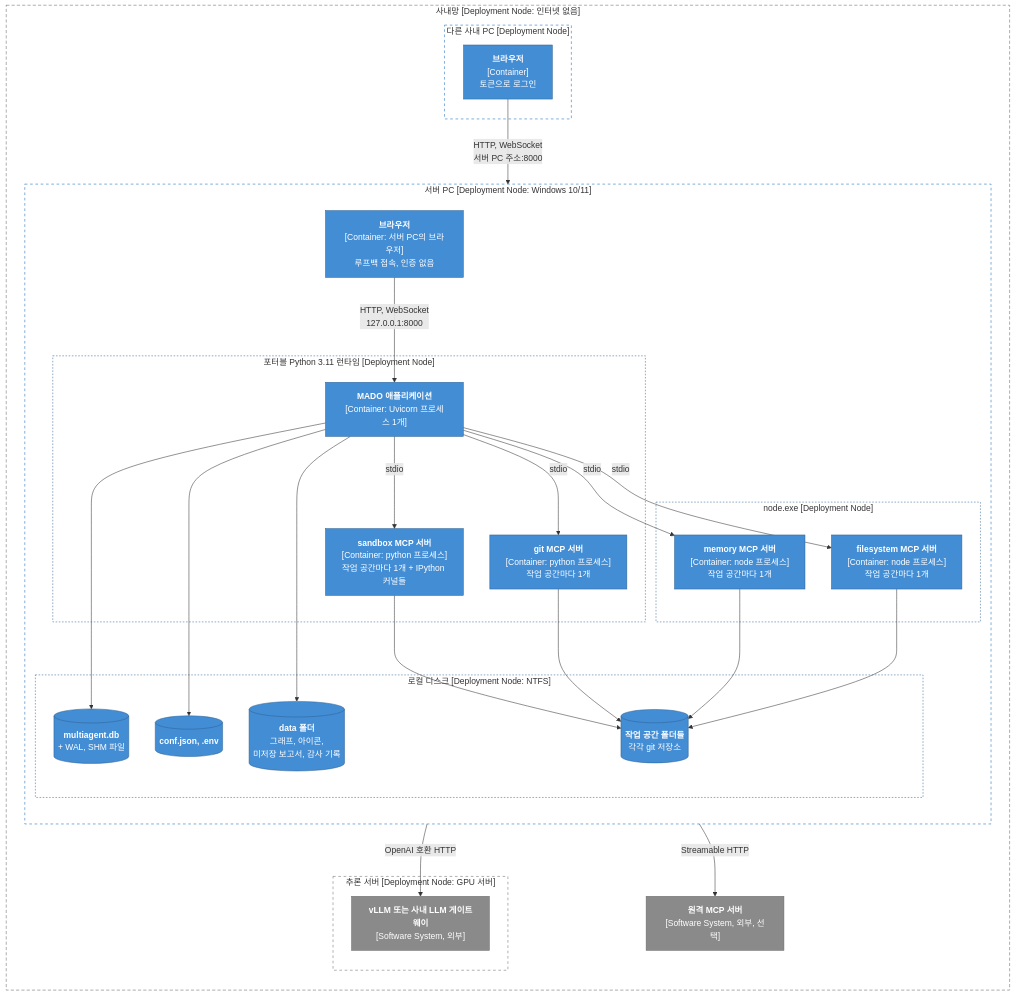
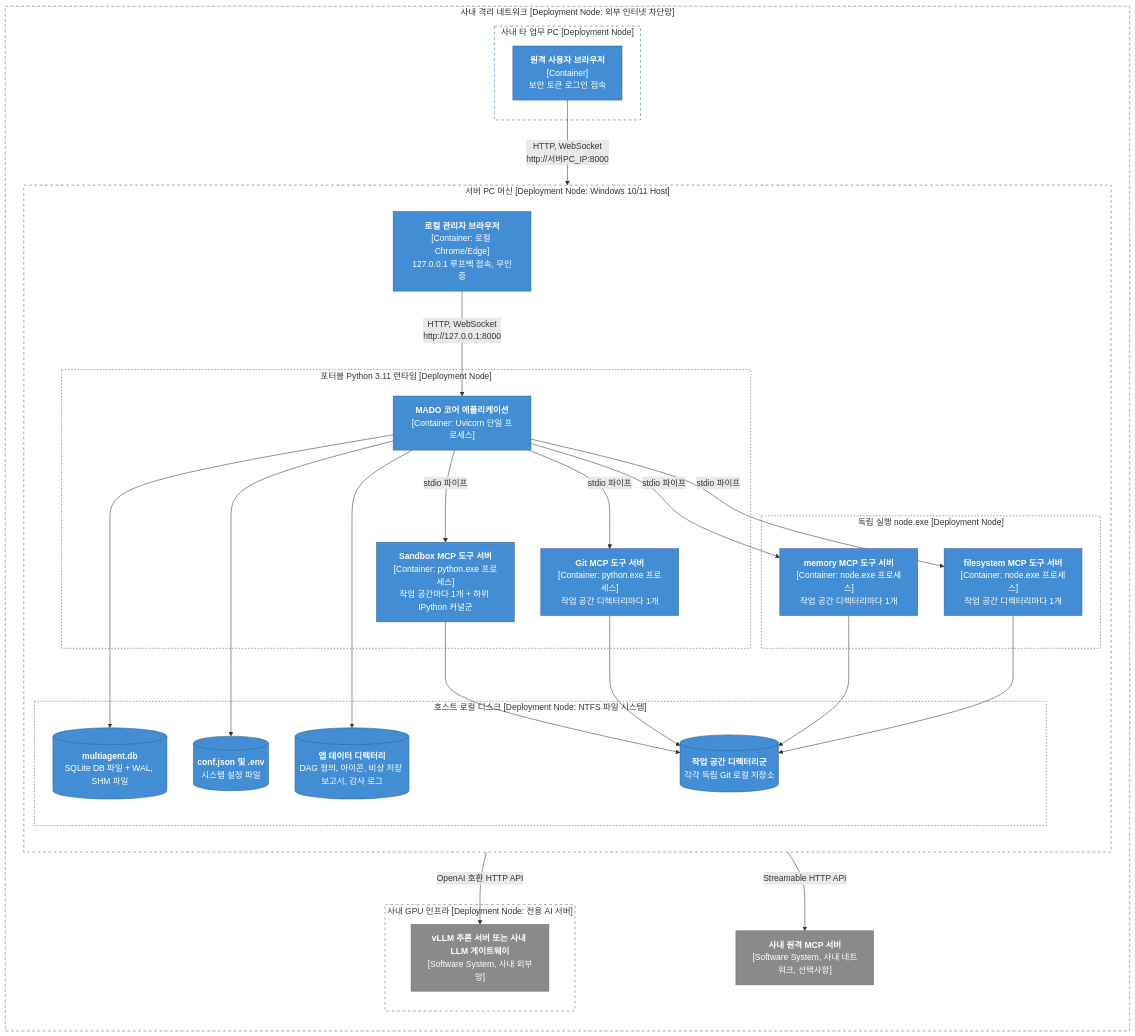
One commit to HaJaehee/MultiAgentDebateAndOrchestrationPlatform changed the first of 3 diagrams in lectures/03-architecture/03-deployment-view.md. Above: the diagram before and after it, drawn with Mermaid. The commit also changed other lines of this file and 39 other files, not shown here.

````diff
--- a/lectures/03-architecture/03-deployment-view.md
+++ b/lectures/03-architecture/03-deployment-view.md
@@ -30,67 +23,67 @@
 ```mermaid
 flowchart TB
-    subgraph lan["사내망 [Deployment Node: 인터넷 없음]"]
+    subgraph lan["사내 격리 네트워크 [Deployment Node: 외부 인터넷 차단망]"]
         direction TB
 
-        subgraph server["서버 PC [Deployment Node: Windows 10/11]"]
+        subgraph server["서버 PC 머신 [Deployment Node: Windows 10/11 Host]"]
             direction TB
-            localb["<b>브라우저</b><br/>[Container: 서버 PC의 브라우저]<br/>루프백 접속, 인증 없음"]
+            localb["<b>로컬 관리자 브라우저</b><br/>[Container: 로컬 Chrome/Edge]<br/>127.0.0.1 루프백 접속, 무인증"]
 
             subgraph pyrt["포터블 Python 3.11 런타임 [Deployment Node]"]
-                app["<b>MADO 애플리케이션</b><br/>[Container: Uvicorn 프로세스 1개]"]
-                gitp["<b>git MCP 서버</b><br/>[Container: python 프로세스]<br/>작업 공간마다 1개"]
-                sbxp["<b>sandbox MCP 서버</b><br/>[Container: python 프로세스]<br/>작업 공간마다 1개 + IPython 커널들"]
+                app["<b>MADO 코어 애플리케이션</b><br/>[Container: Uvicorn 단일 프로세스]"]
+                gitp["<b>Git MCP 도구 서버</b><br/>[Container: python.exe 프로세스]<br/>작업 공간 디렉터리마다 1개"]
+                sbxp["<b>Sandbox MCP 도구 서버</b><br/>[Container: python.exe 프로세스]<br/>작업 공간마다 1개 + 하위 IPython 커널군"]
             end
 
-            subgraph nodert["node.exe [Deployment Node]"]
-                fsp["<b>filesystem MCP 서버</b><br/>[Container: node 프로세스]<br/>작업 공간마다 1개"]
-                memp["<b>memory MCP 서버</b><br/>[Container: node 프로세스]<br/>작업 공간마다 1개"]
+            subgraph nodert["독립 실행 node.exe [Deployment Node]"]
+                fsp["<b>filesystem MCP 도구 서버</b><br/>[Container: node.exe 프로세스]<br/>작업 공간 디렉터리마다 1개"]
+                memp["<b>memory MCP 도구 서버</b><br/>[Container: node.exe 프로세스]<br/>작업 공간 디렉터리마다 1개"]
             end
 
-            subgraph disk["로컬 디스크 [Deployment Node: NTFS]"]
-                db[("<b>multiagent.db</b><br/>+ WAL, SHM 파일")]
-                conf[("<b>conf.json, .env</b>")]
-                wsd[("<b>작업 공간 폴더들</b><br/>각각 git 저장소")]
-                data[("<b>data 폴더</b><br/>그래프, 아이콘,<br/>미저장 보고서, 감사 기록")]
+            subgraph disk["호스트 로컬 디스크 [Deployment Node: NTFS 파일 시스템]"]
+                db[("<b>multiagent.db</b><br/>SQLite DB 파일 + WAL, SHM 파일")]
+                conf[("<b>conf.json 및 .env</b><br/>시스템 설정 파일")]
+                wsd[("<b>작업 공간 디렉터리군</b><br/>각각 독립 Git 로컬 저장소")]
+                data[("<b>앱 데이터 디렉터리</b><br/>DAG 정의, 아이콘, 비상 저장 보고서, 감사 로그")]
             end
         end
 
-        subgraph pc2["다른 사내 PC [Deployment Node]"]
-            remoteb["<b>브라우저</b><br/>[Container]<br/>토큰으로 로그인"]
+        subgraph pc2["사내 타 업무 PC [Deployment Node]"]
+            remoteb["<b>원격 사용자 브라우저</b><br/>[Container]<br/>보안 토큰 로그인 접속"]
         end
 
-        subgraph gpu["추론 서버 [Deployment Node: GPU 서버]"]
-            infer["<b>vLLM 또는 사내 LLM 게이트웨이</b><br/>[Software System, 외부]"]
+        subgraph gpu["사내 GPU 인프라 [Deployment Node: 전용 AI 서버]"]
+            infer["<b>vLLM 추론 서버 또는 사내 LLM 게이트웨이</b><br/>[Software System, 사내 외부망]"]
         end
 
-        rmcp["<b>원격 MCP 서버</b><br/>[Software System, 외부, 선택]"]
+        rmcp["<b>사내 원격 MCP 서버</b><br/>[Software System, 사내 네트워크, 선택사항]"]
     end
 
-    localb -->|"HTTP, WebSocket<br/>127.0.0.1:8000"| app
-    remoteb -->|"HTTP, WebSocket<br/>서버 PC 주소:8000"| app
-    app -->|"stdio"| gitp
-    app -->|"stdio"| sbxp
-    app -->|"stdio"| fsp
-    app -->|"stdio"| memp
-    app -->|"OpenAI 호환 HTTP"| infer
-    app -->|"Streamable HTTP"| rmcp
+    localb -->|"HTTP, WebSocket<br/>http://127.0.0.1:8000"| app
+    remoteb -->|"HTTP, WebSocket<br/>http://서버PC_IP:8000"| app
+    app -->|"stdio 파이프"| gitp
+    app -->|"stdio 파이프"| sbxp
+    app -->|"stdio 파이프"| fsp
+    app -->|"stdio 파이프"| memp
+    app -->|"OpenAI 호환 HTTP API"| infer
+    app -->|"Streamable HTTP API"| rmcp
     app --> db
     app --> conf
     app --> data
     fsp --> wsd
     memp --> wsd
     gitp --> wsd
     sbxp --> wsd
 
     classDef container fill:#438dd5,stroke:#2e6295,color:#ffffff
     classDef external fill:#8a8a8a,stroke:#6b6b6b,color:#ffffff
     class localb,remoteb,app,gitp,sbxp,fsp,memp,db,conf,wsd,data container
     class infer,rmcp external
     style lan fill:none,stroke:#666666,stroke-dasharray:6 4
     style server fill:none,stroke:#1168bd,stroke-dasharray:5 5
     style pyrt fill:none,stroke:#2e6295,stroke-dasharray:3 3
     style nodert fill:none,stroke:#2e6295,stroke-dasharray:3 3
     style disk fill:none,stroke:#2e6295,stroke-dasharray:3 3
     style pc2 fill:none,stroke:#1168bd,stroke-dasharray:5 5
     style gpu fill:none,stroke:#6b6b6b,stroke-dasharray:5 5
 ```
````
